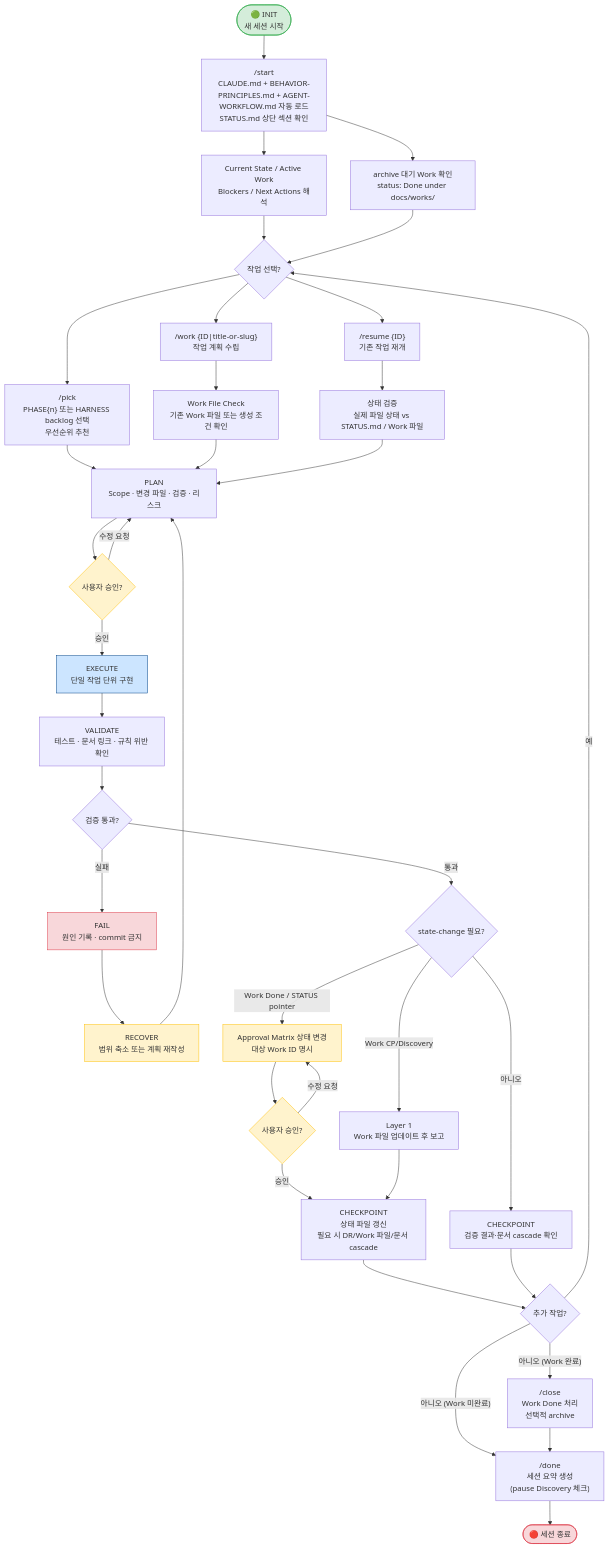
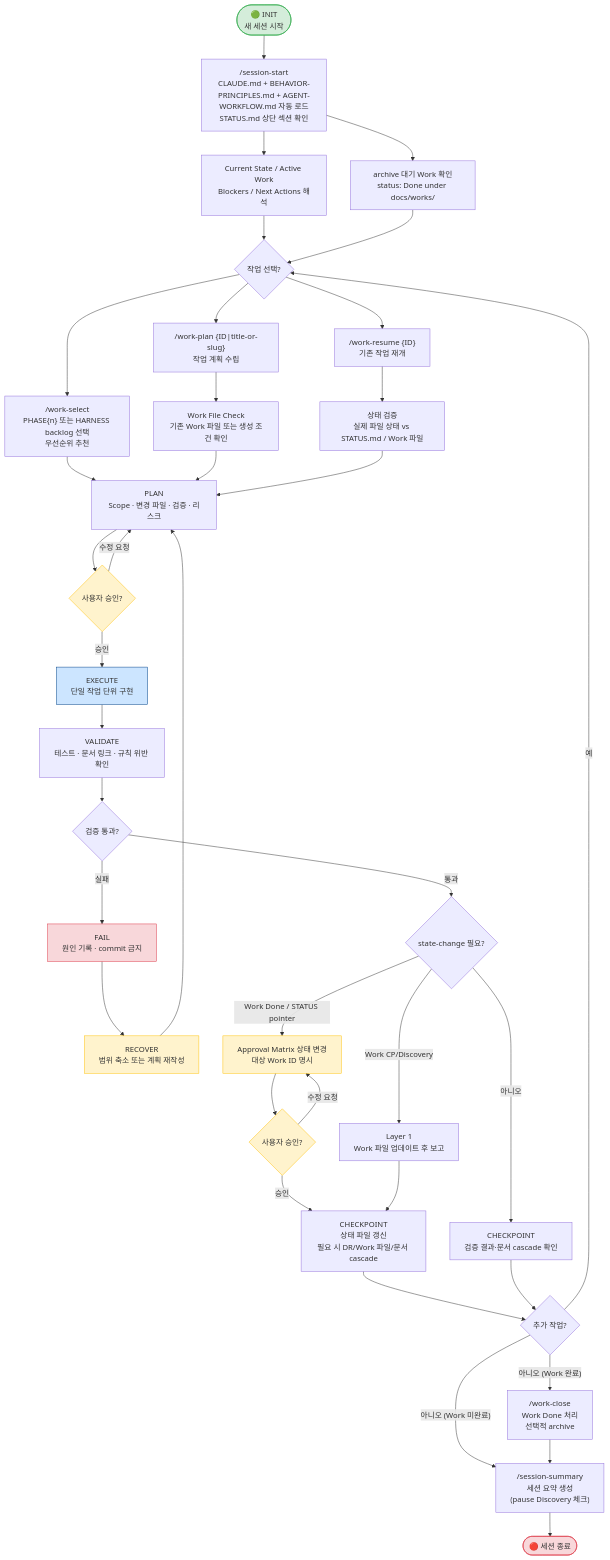
Before and after one commit to kyungseo/ai-workflow-harness: the eighth of 14 diagrams in docs/WORKFLOW-MANUAL.md, drawn with Mermaid. The commit also changed other lines of this file and 83 other files, not shown here.

````diff
--- a/docs/WORKFLOW-MANUAL.md
+++ b/docs/WORKFLOW-MANUAL.md
@@ -663,54 +663,54 @@
 ```mermaid
 flowchart TD
-    START([🟢 INIT\n새 세션 시작]) --> STARTUP["/start\nCLAUDE.md + BEHAVIOR-PRINCIPLES.md + AGENT-WORKFLOW.md 자동 로드\nSTATUS.md 상단 섹션 확인"]
+    START([🟢 INIT\n새 세션 시작]) --> STARTUP["/session-start\nCLAUDE.md + BEHAVIOR-PRINCIPLES.md + AGENT-WORKFLOW.md 자동 로드\nSTATUS.md 상단 섹션 확인"]
     STARTUP --> STATE["Current State / Active Work\nBlockers / Next Actions 해석"]
     STARTUP --> DONE_SCAN["archive 대기 Work 확인\nstatus: Done under docs/works/"]
     STATE --> ASSESS{작업 선택?}
     DONE_SCAN --> ASSESS
 
-    ASSESS --> PICK["/pick\nPHASE{n} 또는 HARNESS backlog 선택\n우선순위 추천"]
-    ASSESS --> WORK_ID["/work {ID|title-or-slug}\n작업 계획 수립"]
-    ASSESS --> RESUME["/resume {ID}\n기존 작업 재개"]
+    ASSESS --> PICK["/work-select\nPHASE{n} 또는 HARNESS backlog 선택\n우선순위 추천"]
+    ASSESS --> WORK_ID["/work-plan {ID|title-or-slug}\n작업 계획 수립"]
+    ASSESS --> RESUME["/work-resume {ID}\n기존 작업 재개"]
 
     PICK --> PLAN["PLAN\nScope · 변경 파일 · 검증 · 리스크"]
     WORK_ID --> WORK_FILE["Work File Check\n기존 Work 파일 또는 생성 조건 확인"]
     WORK_FILE --> PLAN
     RESUME --> VERIFY_STATE["상태 검증\n실제 파일 상태 vs STATUS.md / Work 파일"]
     VERIFY_STATE --> PLAN
 
     PLAN --> APPROVAL{사용자 승인?}
     APPROVAL -- 수정 요청 --> PLAN
     APPROVAL -- 승인 --> EXECUTE["EXECUTE\n단일 작업 단위 구현"]
 
     EXECUTE --> VALIDATE["VALIDATE\n테스트 · 문서 링크 · 규칙 위반 확인"]
     VALIDATE --> PASS{검증 통과?}
     PASS -- 실패 --> FAIL["FAIL\n원인 기록 · commit 금지"]
     FAIL --> RECOVER["RECOVER\n범위 축소 또는 계획 재작성"]
     RECOVER --> PLAN
     PASS -- 통과 --> STATE_NEED{state-change 필요?}
     STATE_NEED -- "Work CP/Discovery" --> WORK_UPDATE["Layer 1\nWork 파일 업데이트 후 보고"]
     STATE_NEED -- "Work Done / STATUS pointer" --> STATE_PROPOSAL["Approval Matrix 상태 변경\n대상 Work ID 명시"]
     STATE_NEED -- 아니오 --> CHECKPOINT_CLEAN["CHECKPOINT\n검증 결과·문서 cascade 확인"]
     STATE_PROPOSAL --> STATE_APPROVAL{사용자 승인?}
     STATE_APPROVAL -- 수정 요청 --> STATE_PROPOSAL
     STATE_APPROVAL -- 승인 --> CHECKPOINT_UPDATED["CHECKPOINT\n상태 파일 갱신\n필요 시 DR/Work 파일/문서 cascade"]
     WORK_UPDATE --> CHECKPOINT_UPDATED
 
     CHECKPOINT_UPDATED --> NEXT{추가 작업?}
     CHECKPOINT_CLEAN --> NEXT
     NEXT -- 예 --> ASSESS
-    NEXT -- "아니오 (Work 완료)" --> CLOSE["/close\nWork Done 처리\n선택적 archive"]
-    NEXT -- "아니오 (Work 미완료)" --> DONE["/done\n세션 요약 생성\n(pause Discovery 체크)"]
+    NEXT -- "아니오 (Work 완료)" --> CLOSE["/work-close\nWork Done 처리\n선택적 archive"]
+    NEXT -- "아니오 (Work 미완료)" --> DONE["/session-summary\n세션 요약 생성\n(pause Discovery 체크)"]
     CLOSE --> DONE
 
     DONE --> END([🔴 세션 종료])
 
     style START fill:#d4edda,stroke:#28a745
     style END fill:#f8d7da,stroke:#dc3545
     style APPROVAL fill:#fff3cd,stroke:#ffc107
     style EXECUTE fill:#cce5ff,stroke:#004085
     style FAIL fill:#f8d7da,stroke:#dc3545
     style RECOVER fill:#fff3cd,stroke:#ffc107
     style STATE_PROPOSAL fill:#fff3cd,stroke:#ffc107
     style STATE_APPROVAL fill:#fff3cd,stroke:#ffc107
 ```
````
